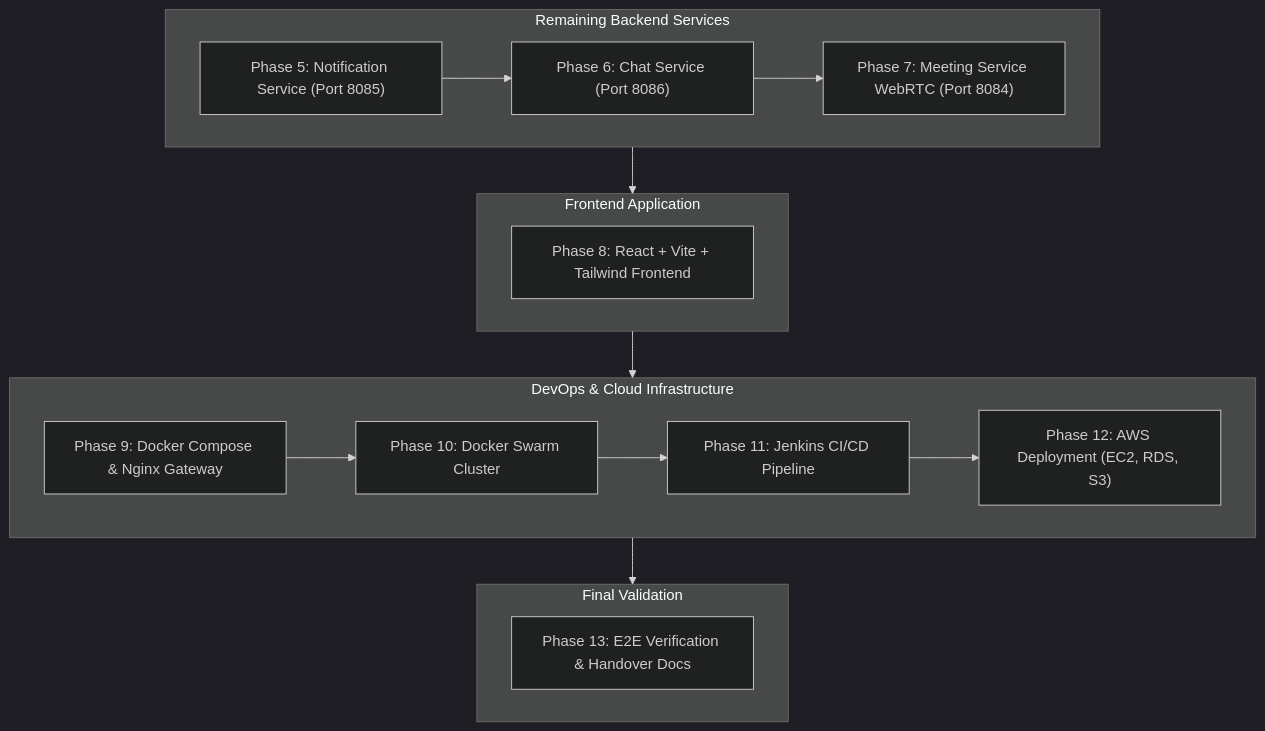
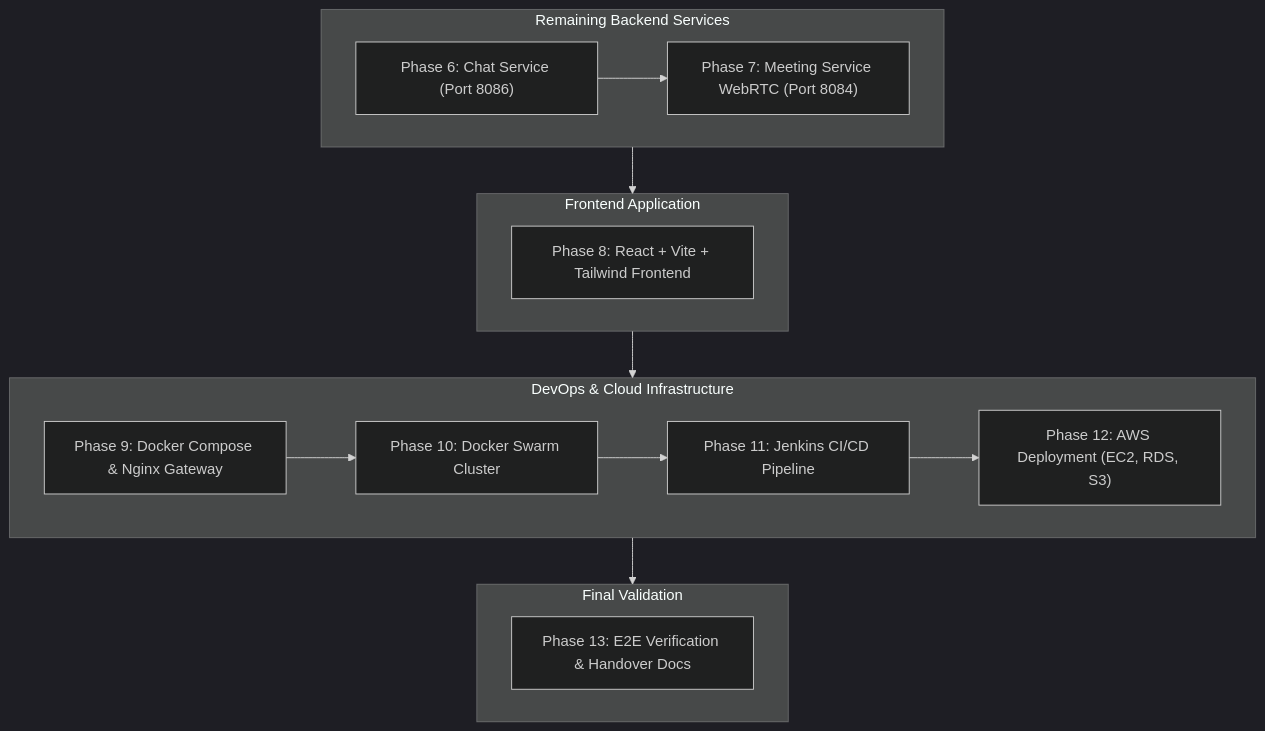
The diagram in IMPLEMENTATION_STATUS.md (Shashanklko/Lawino-Meet), drawn with Mermaid (dark theme) before and after one commit. The commit also changed other lines of this file and 20 other files, not shown here.

Commit message:
feat(notification): complete Phase 5 Notification Service with event dispatching and unread badges

````diff
--- a/IMPLEMENTATION_STATUS.md
+++ b/IMPLEMENTATION_STATUS.md
@@ -117,25 +138,24 @@
 ```mermaid
 flowchart TD
     subgraph BACKEND_REMAINING["Remaining Backend Services"]
-        P5["Phase 5: Notification Service (Port 8085)"] --> P6["Phase 6: Chat Service (Port 8086)"]
-        P6 --> P7["Phase 7: Meeting Service WebRTC (Port 8084)"]
+        P6["Phase 6: Chat Service (Port 8086)"] --> P7["Phase 7: Meeting Service WebRTC (Port 8084)"]
     end
 
     subgraph FRONTEND["Frontend Application"]
         P8["Phase 8: React + Vite + Tailwind Frontend"]
     end
 
     subgraph DEVOPS["DevOps & Cloud Infrastructure"]
         P9["Phase 9: Docker Compose & Nginx Gateway"] --> P10["Phase 10: Docker Swarm Cluster"]
         P10 --> P11["Phase 11: Jenkins CI/CD Pipeline"]
         P11 --> P12["Phase 12: AWS Deployment (EC2, RDS, S3)"]
     end
 
     subgraph FINAL["Final Validation"]
         P13["Phase 13: E2E Verification & Handover Docs"]
     end
 
     BACKEND_REMAINING --> FRONTEND
     FRONTEND --> DEVOPS
     DEVOPS --> FINAL
 ```
````
